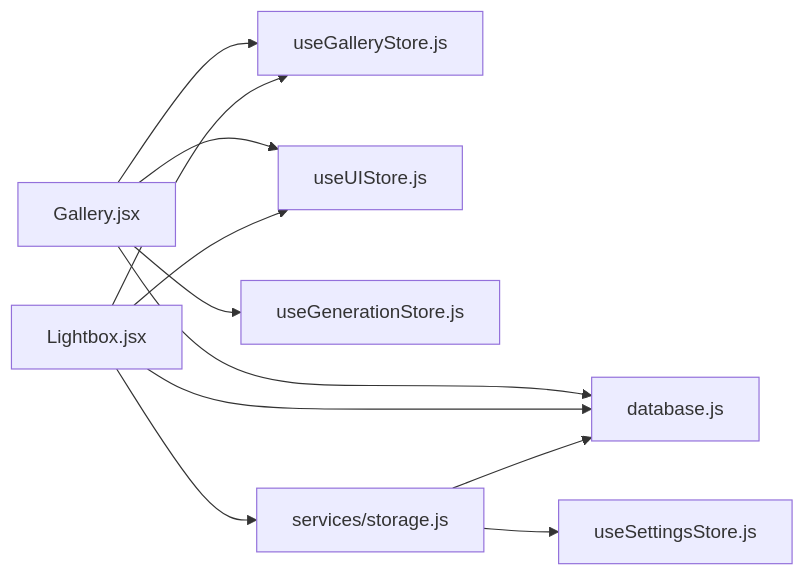
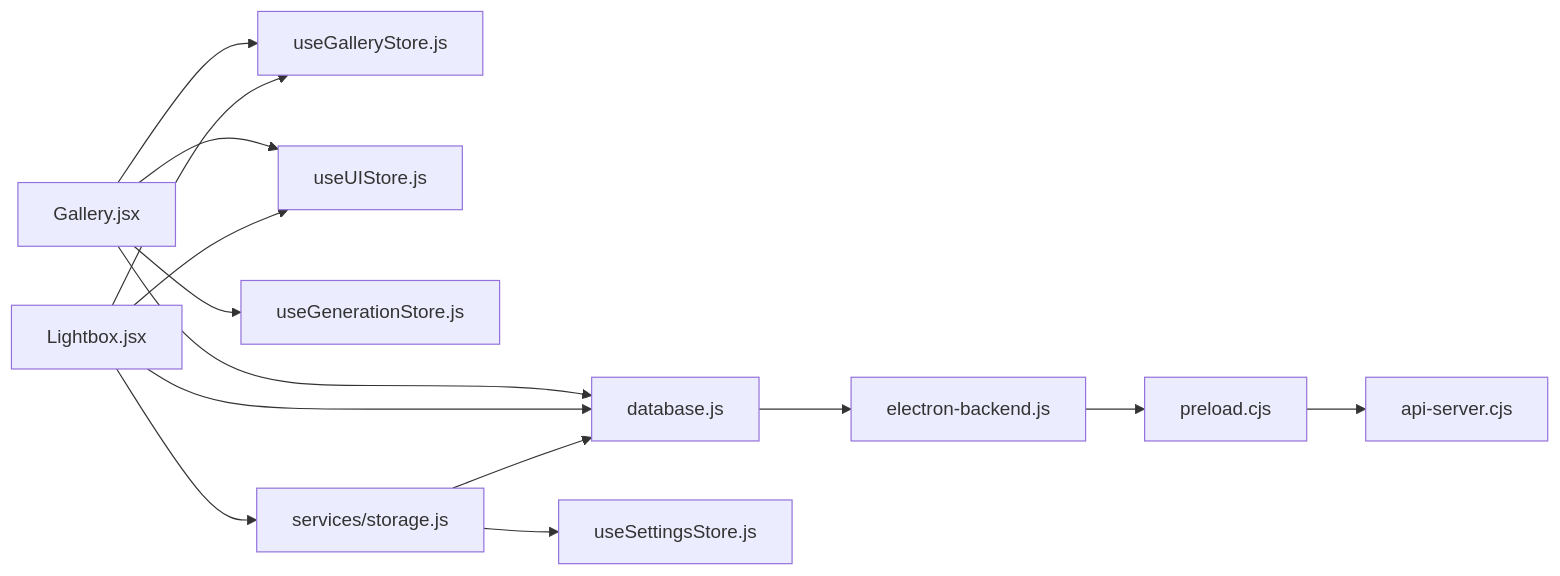
The tenth of 10 diagrams in .qoder/repowiki/zh/content/架构设计/组件层次结构/页面组件架构/图库页面 (Gallery).md (AlbusWei/AI-Image-Studio), drawn with Mermaid before and after one commit. The commit also changed other lines of this file and 26 other files, not shown here.

Commit message:
fix: 修复 Gallery 图片显示 broken image 问题

````diff
--- a/.qoder/repowiki/zh/content/架构设计/组件层次结构/页面组件架构/图库页面 (Gallery).md
+++ b/.qoder/repowiki/zh/content/架构设计/组件层次结构/页面组件架构/图库页面 (Gallery).md
@@ -401,13 +506,16 @@
 ```mermaid
 graph LR
 G["Gallery.jsx"] --> GS["useGalleryStore.js"]
 G --> UI["useUIStore.js"]
 G --> GEN["useGenerationStore.js"]
 G --> DB["database.js"]
 LB["Lightbox.jsx"] --> GS
 LB --> UI
 LB --> DB
 LB --> ST["services/storage.js"]
 ST --> DB
 ST --> SET["useSettingsStore.js"]
+DB --> EB["electron-backend.js"]
+EB --> PRE["preload.cjs"]
+PRE --> API["api-server.cjs"]
 ```
````
